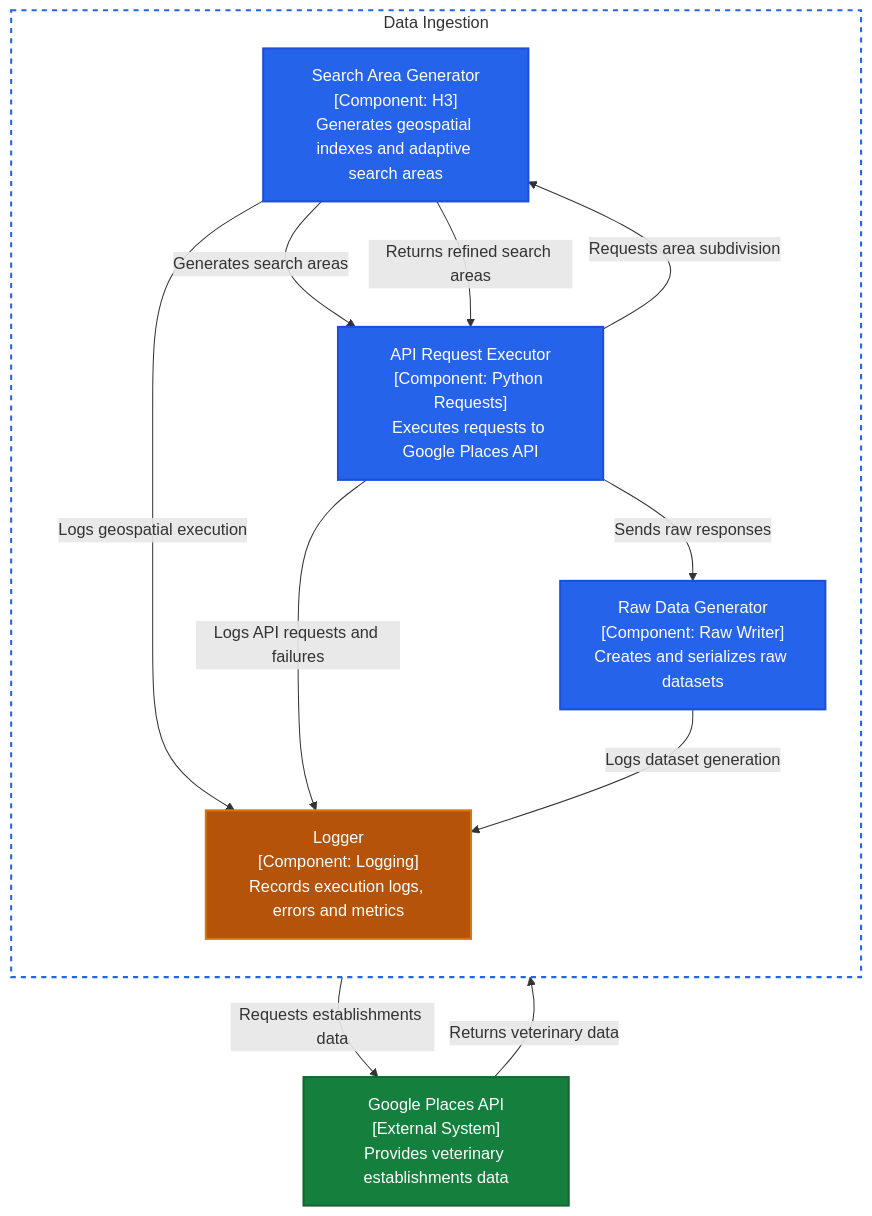
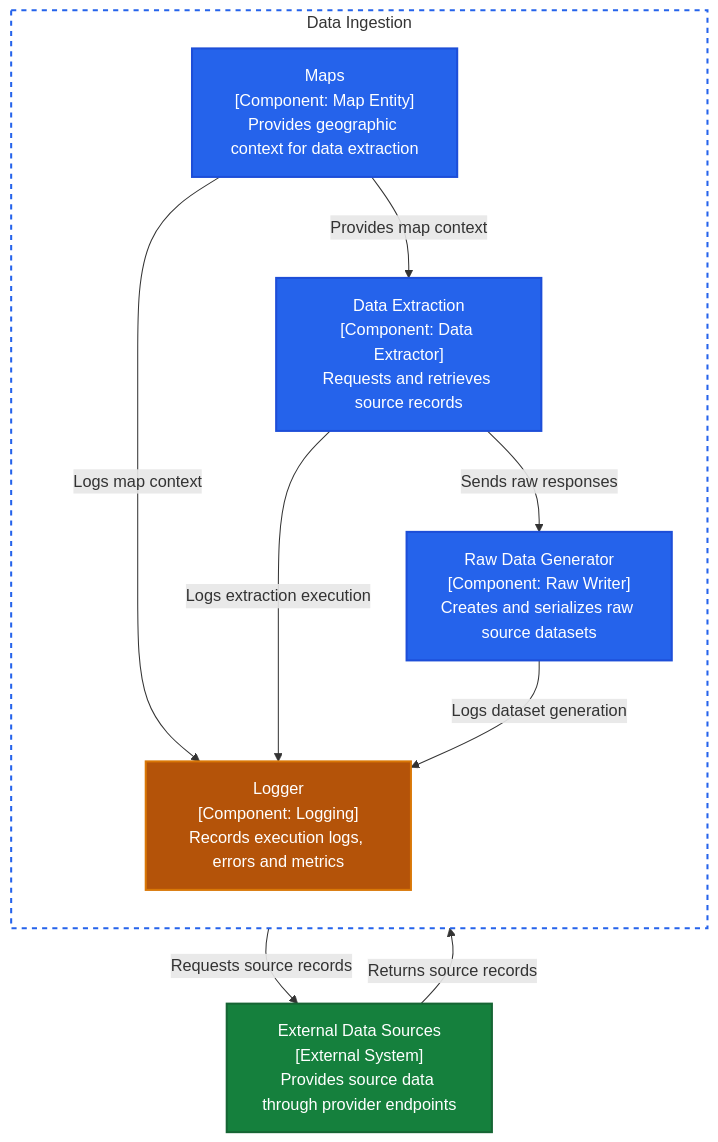
Before and after one commit to mentoria-edu/data_vet: the diagram in docs/c4/level_3_components/data_Ingestion.md, drawn with Mermaid. The commit also changed 12 other files, not shown here.

Commit message:
atualizando diagramas c4

````diff
--- a/docs/c4/level_3_components/data_Ingestion.md
+++ b/docs/c4/level_3_components/data_Ingestion.md
@@ -1,73 +1,63 @@
 ```mermaid
 flowchart TB
 
     %% =====================================================
-    %% EXTERNAL SYSTEM
+    %% EXTERNAL SYSTEMS
     %% =====================================================
 
-    GOOGLE["Google Places API<br/>[External System]<br/>Provides veterinary establishments data"]
+    SOURCES["External Data Sources<br/>[External System]<br/>Provides source data through provider endpoints"]
 
     %% =====================================================
     %% CONTAINER BOUNDARY
     %% =====================================================
 
     subgraph INGESTION_BOUNDARY["Data Ingestion"]
 
         direction TB
 
-        H3["Search Area Generator<br/>[Component: H3]<br/>Generates geospatial indexes and adaptive search areas"]
+        MAPS["Maps<br/>[Component: Map Entity]<br/>Provides geographic context for data extraction"]
 
-        REQUEST["API Request Executor<br/>[Component: Python Requests]<br/>Executes requests to Google Places API"]
+        EXTRACTION["Data Extraction<br/>[Component: Data Extractor]<br/>Requests and retrieves source records"]
 
-        RAW["Raw Data Generator<br/>[Component: Raw Writer]<br/>Creates and serializes raw datasets"]
+        RAW["Raw Data Generator<br/>[Component: Raw Writer]<br/>Creates and serializes raw source datasets"]
 
         LOGGER["Logger<br/>[Component: Logging]<br/>Records execution logs, errors and metrics"]
 
     end
 
     %% =====================================================
     %% FLOWS
     %% =====================================================
 
-    H3 -->|Generates search areas| REQUEST
+    MAPS -->|Provides map context| EXTRACTION
 
-    REQUEST -->|Requests establishments data| GOOGLE
+    EXTRACTION -->|Requests source records| SOURCES
 
-    GOOGLE -->|Returns veterinary data| REQUEST
+    SOURCES -->|Returns source records| EXTRACTION
 
-    REQUEST -->|Sends raw responses| RAW
+    EXTRACTION -->|Sends raw responses| RAW
 
-    REQUEST -->|Requests area subdivision| H3
+    MAPS -->|Logs map context| LOGGER
 
-    H3 -->|Returns refined search areas| REQUEST
-
-    H3 -->|Logs geospatial execution| LOGGER
-
-    REQUEST -->|Logs API requests and failures| LOGGER
+    EXTRACTION -->|Logs extraction execution| LOGGER
 
     RAW -->|Logs dataset generation| LOGGER
 
     %% =====================================================
     %% COLORS
     %% =====================================================
 
-    %% Components
     classDef component fill:#2563EB,stroke:#1D4ED8,color:#FFFFFF,stroke-width:2px;
-
-    %% Logger
     classDef logger fill:#B45309,stroke:#D97706,color:#FFFFFF,stroke-width:2px;
-
-    %% External System
     classDef external fill:#15803D,stroke:#166534,color:#FFFFFF,stroke-width:2px;
 
-    %% Boundary
     style INGESTION_BOUNDARY fill:none,stroke:#2563EB,stroke-width:2px,stroke-dasharray: 5 5
 
     %% =====================================================
     %% CLASS ASSIGNMENT
     %% =====================================================
 
-    class H3,REQUEST,RAW component;
+    class MAPS,EXTRACTION,RAW component;
     class LOGGER logger;
-    class GOOGLE external;
+    class SOURCES external;
 ```
````
